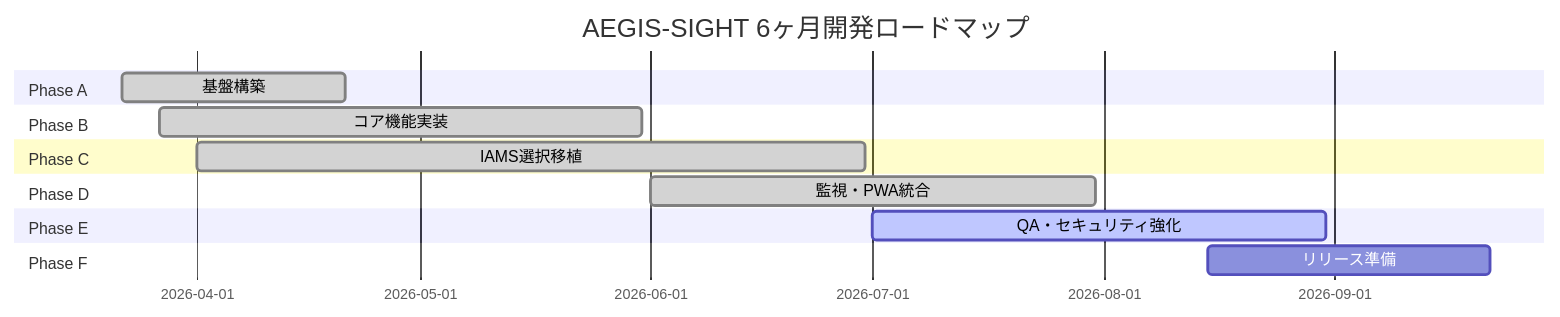
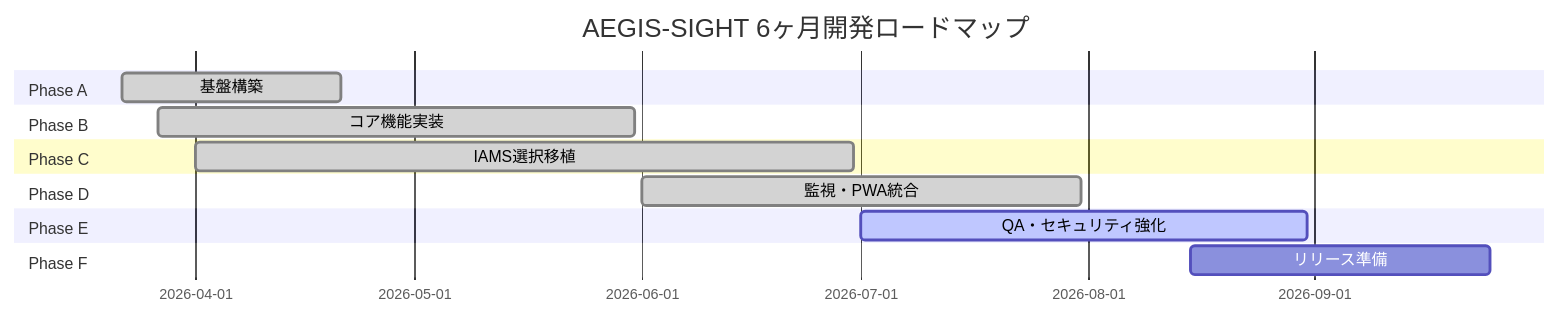
Before and after one commit to Kensan196948G/AEGIS-SIGHT: the first of 2 diagrams in docs/development-phases/00_overview/全体開発フェーズ計画.md, drawn with Mermaid. The commit also changed other lines of this file and 7 other files, not shown here.

````diff
--- a/docs/development-phases/00_overview/全体開発フェーズ計画.md
+++ b/docs/development-phases/00_overview/全体開発フェーズ計画.md
@@ -16,17 +18,17 @@
 ```mermaid
 gantt
     title AEGIS-SIGHT 6ヶ月開発ロードマップ
     dateFormat  YYYY-MM-DD
     section Phase A
     基盤構築         :done,    phaseA, 2026-03-22, 2026-04-21
     section Phase B
     コア機能実装     :done,    phaseB, 2026-03-27, 2026-05-31
     section Phase C
     IAMS選択移植     :done,    phaseC, 2026-04-01, 2026-06-30
     section Phase D
     監視・PWA統合    :done,    phaseD, 2026-06-01, 2026-07-31
     section Phase E
     QA・セキュリティ強化 :active, phaseE, 2026-07-01, 2026-08-31
     section Phase F
-    リリース準備     :         phaseF, 2026-08-15, 2026-09-22
+    リリース準備     :         phaseF, 2026-08-15, 2026-09-25
 ```
````
